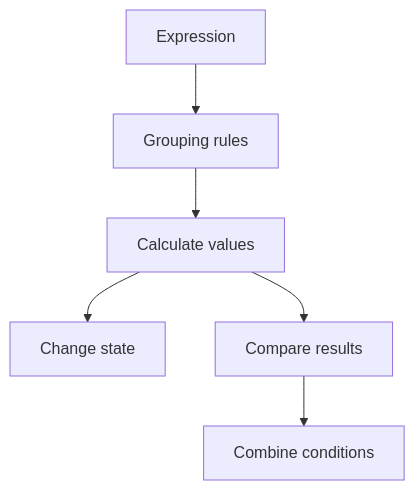
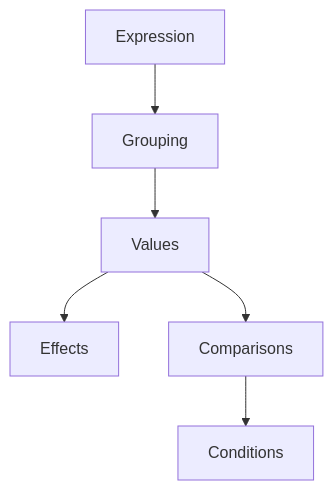
The diagram in docs/ch06-operators/index.md (SupernovifieD/learn-cpp-for-free), drawn with Mermaid before and after one commit.

Commit message:
fix(ch06): keep chapter map legible at phone width

````diff
--- a/docs/ch06-operators/index.md
+++ b/docs/ch06-operators/index.md
@@ -7,10 +7,10 @@
 ```mermaid
 flowchart TD
     accTitle: The main ideas of Chapter 6
     accDescr: Grouping gives an expression structure. Operators then calculate values, may change state, compare results, and combine conditions.
-    expression[Expression] --> grouping[Grouping rules]
-    grouping --> calculate[Calculate values]
-    calculate --> effects[Change state]
-    calculate --> compare[Compare results]
-    compare --> conditions[Combine conditions]
+    expression[Expression] --> grouping[Grouping]
+    grouping --> calculate[Values]
+    calculate --> effects[Effects]
+    calculate --> compare[Comparisons]
+    compare --> conditions[Conditions]
 ```
````
